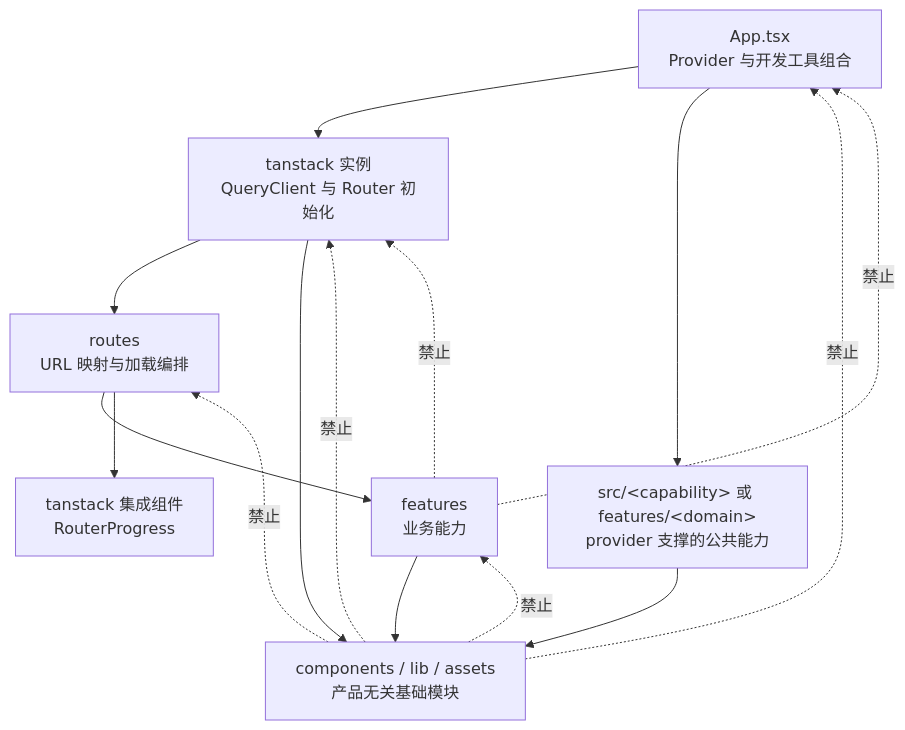
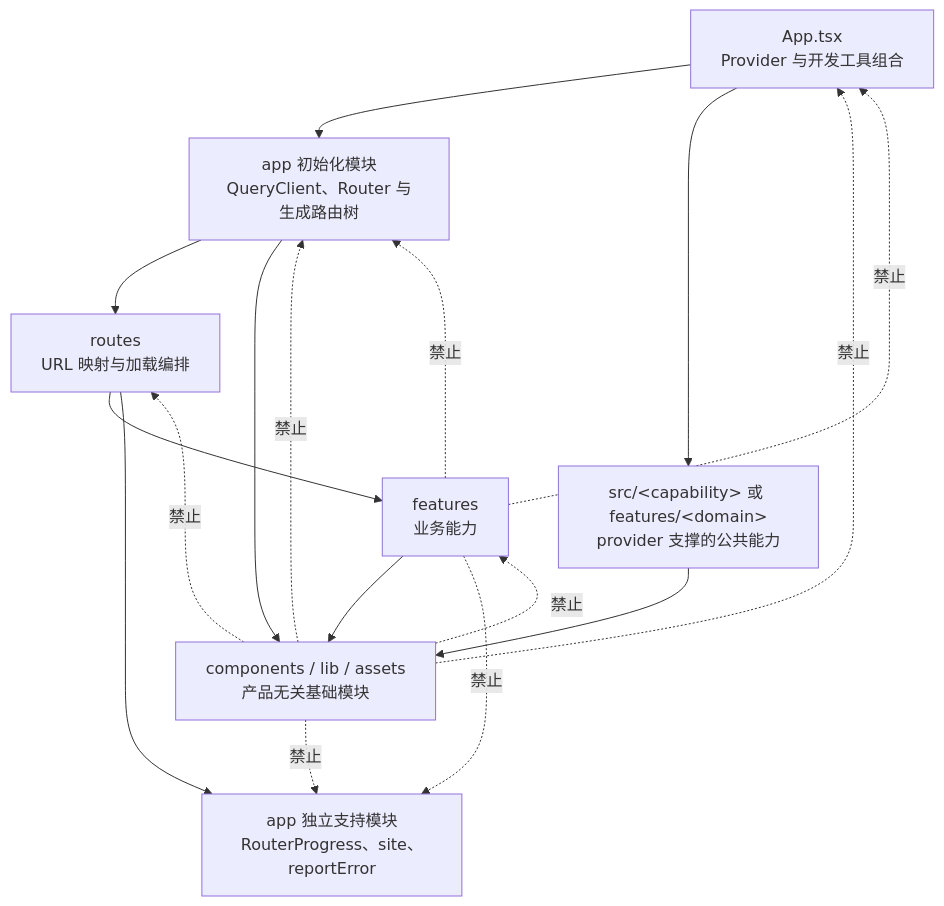
The diagram in README.md (RingoTangs/react-app), drawn with Mermaid before and after one commit. The commit also changed other lines of this file and 17 other files, not shown here.

````diff
--- a/README.md
+++ b/README.md
@@ -170,26 +170,28 @@
 ```mermaid
 flowchart TD
   App["App.tsx<br/>Provider 与开发工具组合"]
-  TanStack["tanstack 实例<br/>QueryClient 与 Router 初始化"]
-  RouterIntegration["tanstack 集成组件<br/>RouterProgress"]
+  TanStack["app 初始化模块<br/>QueryClient、Router 与生成路由树"]
+  RouterIntegration["app 独立支持模块<br/>RouterProgress、site、reportError"]
   Routes["routes<br/>URL 映射与加载编排"]
   Features["features<br/>业务能力"]
   Common["components / lib / assets<br/>产品无关基础模块"]
   ProviderCapability["src/&lt;capability&gt; 或 features/&lt;domain&gt;<br/>provider 支撑的公共能力"]
 
   App --> TanStack
   TanStack --> Routes
   TanStack --> Common
   App --> ProviderCapability
   Routes --> Features
   Routes --> RouterIntegration
   Features --> Common
   ProviderCapability --> Common
 
   Common -. 禁止 .-> App
   Common -. 禁止 .-> Routes
   Common -. 禁止 .-> Features
   Features -. 禁止 .-> App
   Features -. 禁止 .-> TanStack
   Common -. 禁止 .-> TanStack
+  Features -. 禁止 .-> RouterIntegration
+  Common -. 禁止 .-> RouterIntegration
 ```
````
